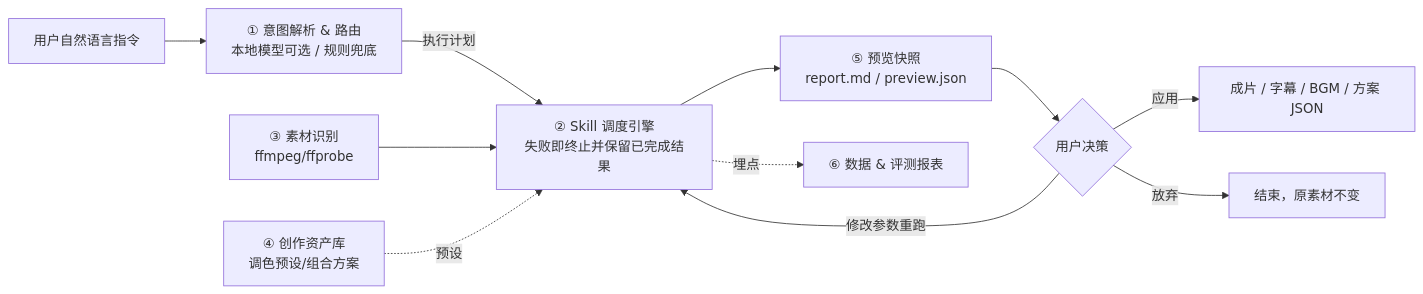
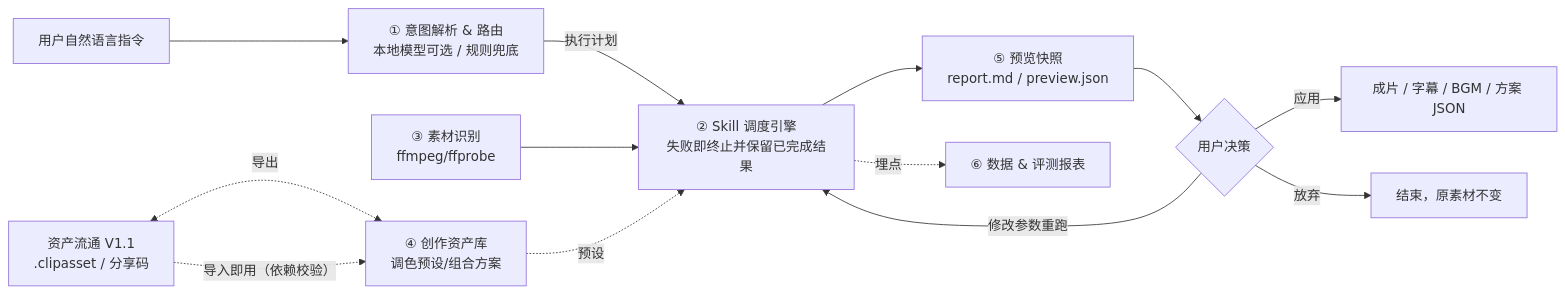
The diagram in README.md (theo-w/clip-agent), drawn with Mermaid before and after one commit. The commit also changed other lines of this file and 17 other files, not shown here.

First line of the commit message:
feat: V1.1 资产流通（.clipasset 导出/分享码/导入即用）+ Backlog 修复

````diff
--- a/README.md
+++ b/README.md
@@ -19,13 +20,15 @@
 ```mermaid
 flowchart LR
     U["用户自然语言指令"] --> R["① 意图解析 & 路由<br/>本地模型可选 / 规则兜底"]
     R -->|"执行计划"| S["② Skill 调度引擎<br/>失败即终止并保留已完成结果"]
     M["③ 素材识别<br/>ffmpeg/ffprobe"] --> S
     L["④ 创作资产库<br/>调色预设/组合方案"] -.预设.-> S
     S --> P["⑤ 预览快照<br/>report.md / preview.json"]
     P --> D{"用户决策"}
     D -->|"应用"| OUT["成片 / 字幕 / BGM / 方案 JSON"]
     D -->|"修改参数重跑"| S
     D -->|"放弃"| X["结束，原素材不变"]
     S -.埋点.-> T["⑥ 数据 & 评测报表"]
+    A["资产流通 V1.1<br/>.clipasset / 分享码"] <-.导出.-> L
+    A -.导入即用（依赖校验）.-> L
 ```
````
